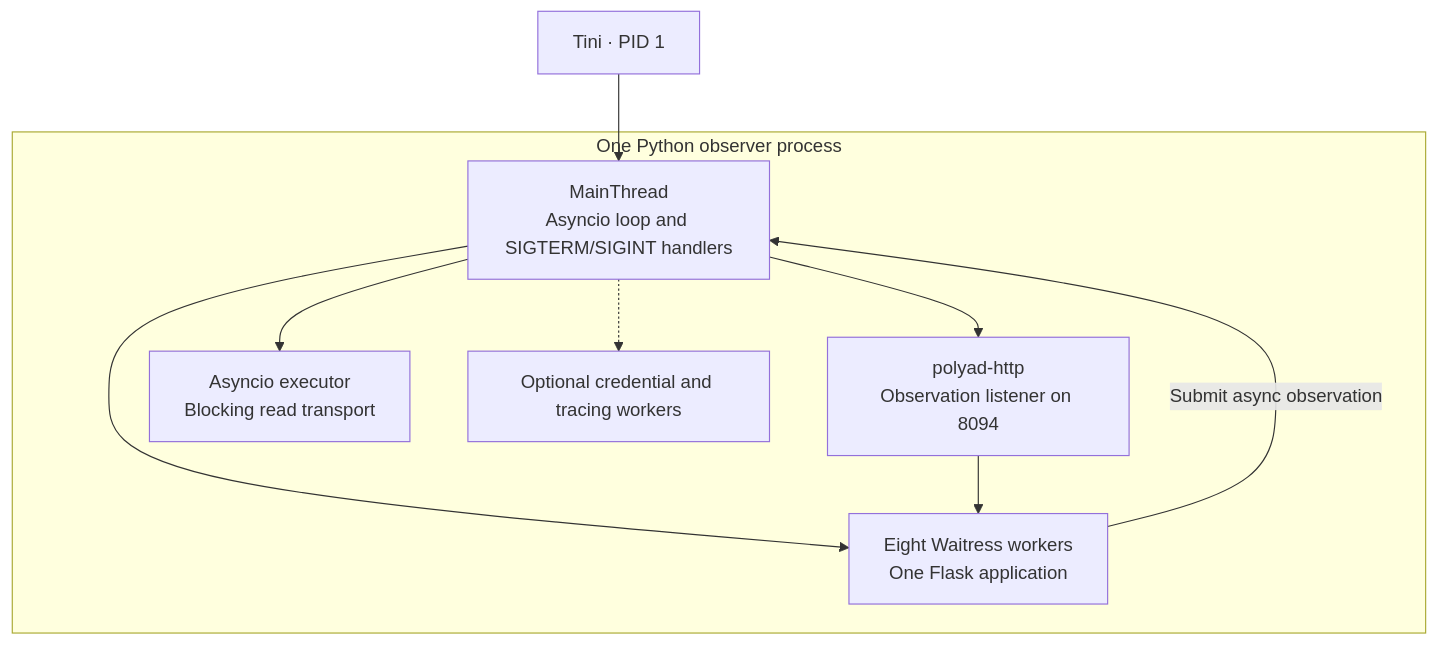
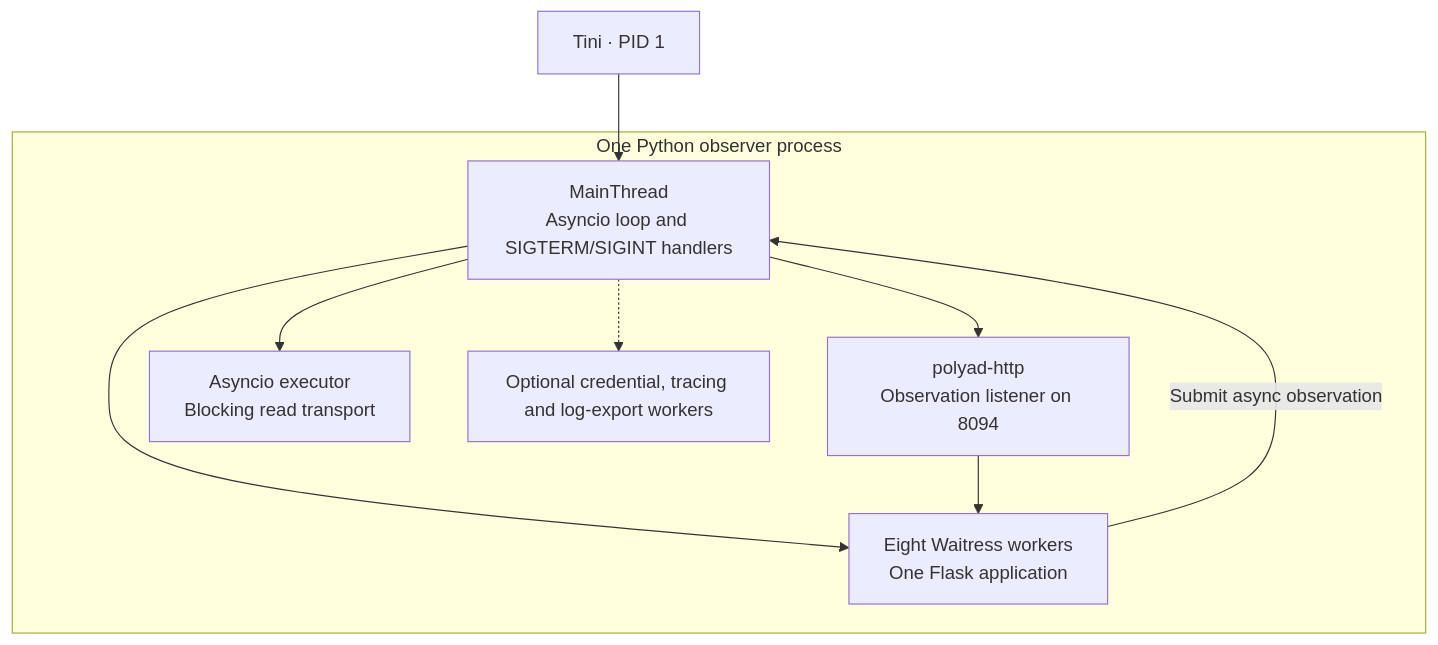
One commit to astrivant/polyad changed the third of 3 diagrams in docs/deployment/process-hierarchy.md. Above: the diagram before and after it, drawn with Mermaid. The commit also changed other lines of this file and 26 other files, not shown here.

````diff
--- a/docs/deployment/process-hierarchy.md
+++ b/docs/deployment/process-hierarchy.md
@@ -191,18 +191,18 @@
 ```mermaid
 flowchart TB
     tini["Tini · PID 1"]
     subgraph python["One Python observer process"]
         main["MainThread<br/>Asyncio loop and SIGTERM/SIGINT handlers"]
         http["polyad-http<br/>Observation listener on 8094"]
         wsgi["Eight Waitress workers<br/>One Flask application"]
         executor["Asyncio executor<br/>Blocking read transport"]
-        helpers["Optional credential and tracing workers"]
+        helpers["Optional credential, tracing and log-export workers"]
         main --> http
         main --> wsgi
         main --> executor
         main -.-> helpers
         http --> wsgi
         wsgi -->|"Submit async observation"| main
     end
     tini --> main
 ```
````
